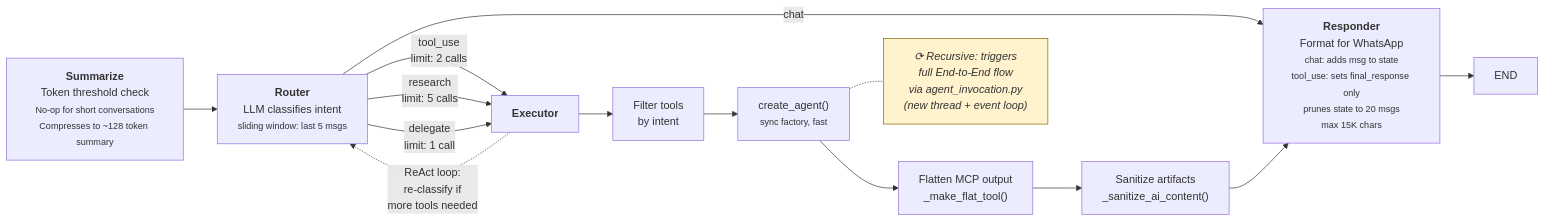
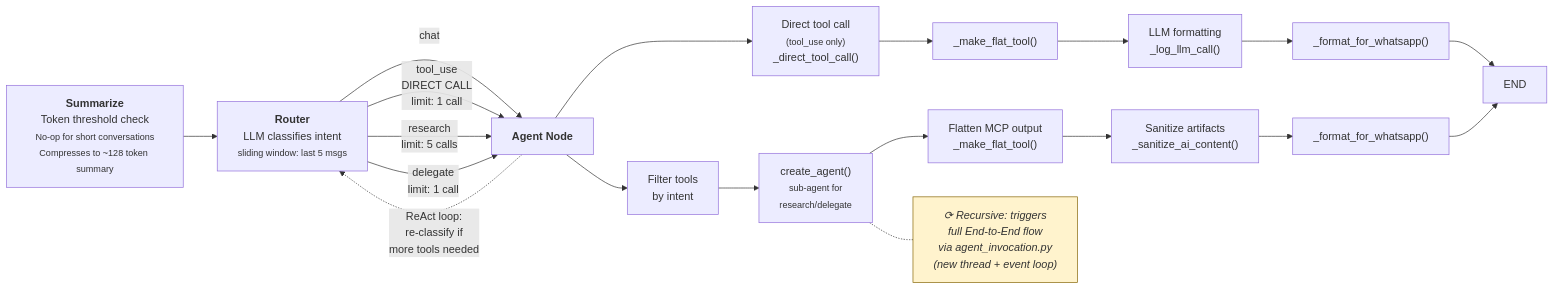
One commit to jeancsil/agntrick changed the second of 2 diagrams in AGENTS.md. Above: the diagram before and after it, drawn with Mermaid. The commit also changed other lines of this file and 19 other files, not shown here.

First line of the commit message:
feat: sub-15s WhatsApp response architecture (#52)

````diff
--- a/AGENTS.md
+++ b/AGENTS.md
@@ -238,29 +237,34 @@
 ```mermaid
 flowchart LR
     SUMMARIZE["<b>Summarize</b><br/>Token threshold check<br/><small>No-op for short conversations<br/>Compresses to ~128 token summary</small>"]
 
     SUMMARIZE --> ROUTER
 
     ROUTER["<b>Router</b><br/>LLM classifies intent<br/><small>sliding window: last 5 msgs</small>"]
 
-    ROUTER -->|"chat"| RESP
-    ROUTER -->|"tool_use<br/>limit: 2 calls"| EXEC
-    ROUTER -->|"research<br/>limit: 5 calls"| EXEC
-    ROUTER -->|"delegate<br/>limit: 1 call"| EXEC
+    ROUTER -->|"chat"| AGENT
+    ROUTER -->|"tool_use<br/>DIRECT CALL<br/>limit: 1 call"| AGENT
+    ROUTER -->|"research<br/>limit: 5 calls"| AGENT
+    ROUTER -->|"delegate<br/>limit: 1 call"| AGENT
 
-    EXEC["<b>Executor</b>"]
-    EXEC --> FILT["Filter tools<br/>by intent"]
-    FILT --> SUB["create_agent()<br/><small>sync factory, fast</small>"]
+    AGENT["<b>Agent Node</b>"]
+
+    AGENT --> DT["Direct tool call<br/><small>(tool_use only)</small><br/>_direct_tool_call()"]
+    DT --> FLAT_DT["_make_flat_tool()"]
+    FLAT_DT --> LLM_FMT["LLM formatting<br/>_log_llm_call()"]
+    LLM_FMT --> WHATSAPP["_format_for_whatsapp()"]
+    WHATSAPP --> END_NODE["END"]
+
+    AGENT --> FILT["Filter tools<br/>by intent"]
+    FILT --> SUB["create_agent()<br/><small>sub-agent for<br/>research/delegate</small>"]
     SUB --> FLAT["Flatten MCP output<br/>_make_flat_tool()"]
     FLAT --> CLEAN["Sanitize artifacts<br/>_sanitize_ai_content()"]
-    CLEAN --> RESP
+    CLEAN --> WHATSAPP2["_format_for_whatsapp()"]
+    WHATSAPP2 --> END_NODE
 
-    EXEC -.->|"ReAct loop:<br/>re-classify if<br/>more tools needed"| ROUTER
+    AGENT -.->|"ReAct loop:<br/>re-classify if<br/>more tools needed"| ROUTER
 
     SUB -.- note1["⟳ Recursive: triggers<br/>full End-to-End flow<br/>via agent_invocation.py<br/>(new thread + event loop)"]:::note
 
-    RESP["<b>Responder</b><br/>Format for WhatsApp<br/><small>chat: adds msg to state<br/>tool_use: sets final_response only<br/>prunes state to 20 msgs<br/>max 15K chars</small>"]
-    RESP --> END_NODE["END"]
-
     classDef note fill:#fff3cd,stroke:#856404,color:#333,font-style:italic
 ```
````
